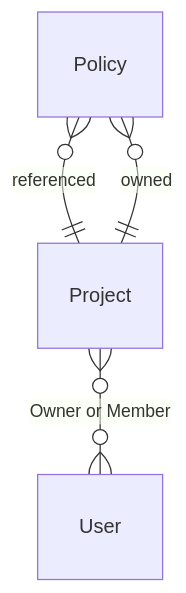
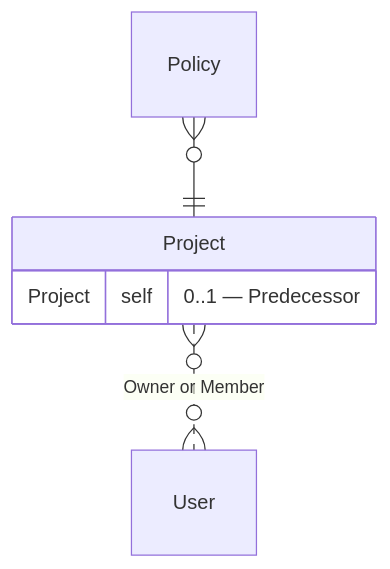
The ninth of 9 diagrams in docs/04-reading-the-diagrams.md (stacklok/modelith), drawn with Mermaid before and after one commit. The commit also changed other lines of this file and 12 other files, not shown here.

````diff
--- a/docs/04-reading-the-diagrams.md
+++ b/docs/04-reading-the-diagrams.md
@@ -144,9 +192,10 @@
 ```mermaid
 erDiagram
     Policy {}
-    Project {}
+    Project {
+        Project self "0..1 — Predecessor"
+    }
     User {}
-    Policy }o--|| Project : "referenced"
-    Project }o--o{ User : "Owner or Member"
-    Project ||--o{ Policy : "owned"
+    Policy }o--|| Project : ""
+    Project }o..o{ User : "Owner or Member"
 ```
````
